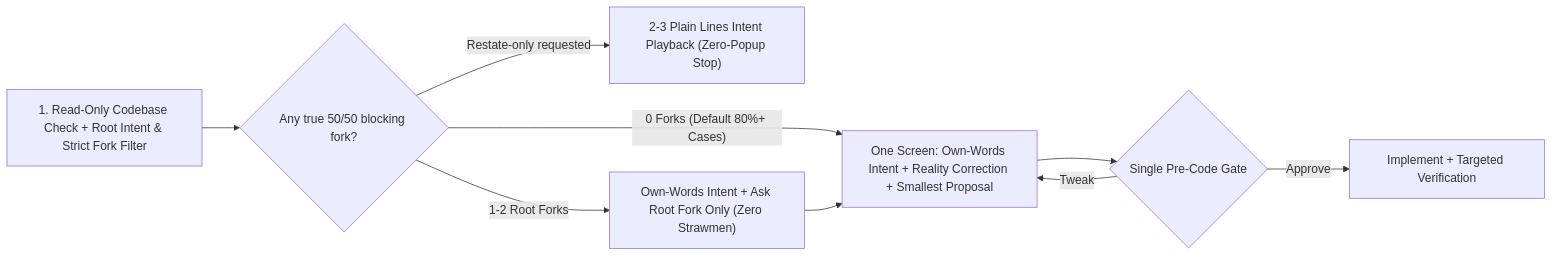
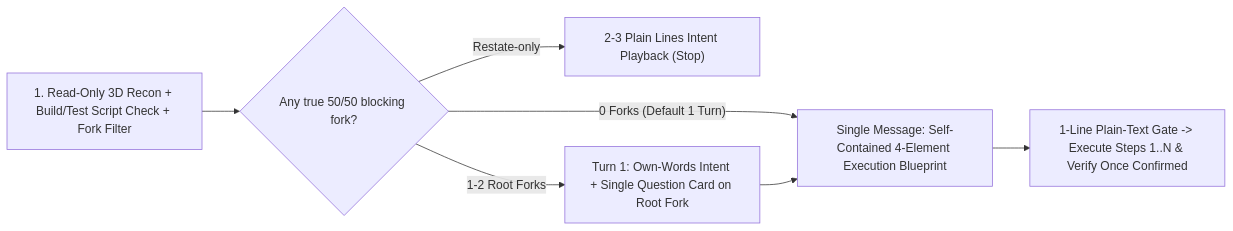
The diagram in skills/plan-review/README.md (lastxuanain/ainward-skills), drawn with Mermaid before and after one commit. The commit also changed other lines of this file and 25 other files, not shown here.

First line of the commit message:
refactor: streamline all 6 skills to v2 with crisp boundaries and self-contained plans

````diff
--- a/skills/plan-review/README.md
+++ b/skills/plan-review/README.md
@@ -29,11 +22,9 @@
 ```mermaid
 flowchart LR
-    A["1. Read-Only Codebase Check + Root Intent & Strict Fork Filter"] --> B{"Any true 50/50 blocking fork?"}
-    B -- "Restate-only requested" --> G["2-3 Plain Lines Intent Playback (Zero-Popup Stop)"]
-    B -- "0 Forks (Default 80%+ Cases)" --> C["One Screen: Own-Words Intent + Reality Correction + Smallest Proposal"]
-    B -- "1-2 Root Forks" --> D["Own-Words Intent + Ask Root Fork Only (Zero Strawmen)"]
+    A["1. Read-Only 3D Recon + Build/Test Script Check + Fork Filter"] --> B{"Any true 50/50 blocking fork?"}
+    B -- "Restate-only" --> G["2-3 Plain Lines Intent Playback (Stop)"]
+    B -- "0 Forks (Default 1 Turn)" --> C["Single Message: Self-Contained 4-Element Execution Blueprint"]
+    B -- "1-2 Root Forks" --> D["Turn 1: Own-Words Intent + Single Question Card on Root Fork"]
     D --> C
-    C --> E{"Single Pre-Code Gate"}
-    E -- "Approve" --> F["Implement + Targeted Verification"]
-    E -- "Tweak" --> C
+    C --> E["1-Line Plain-Text Gate -> Execute Steps 1..N & Verify Once Confirmed"]
 ```
````
